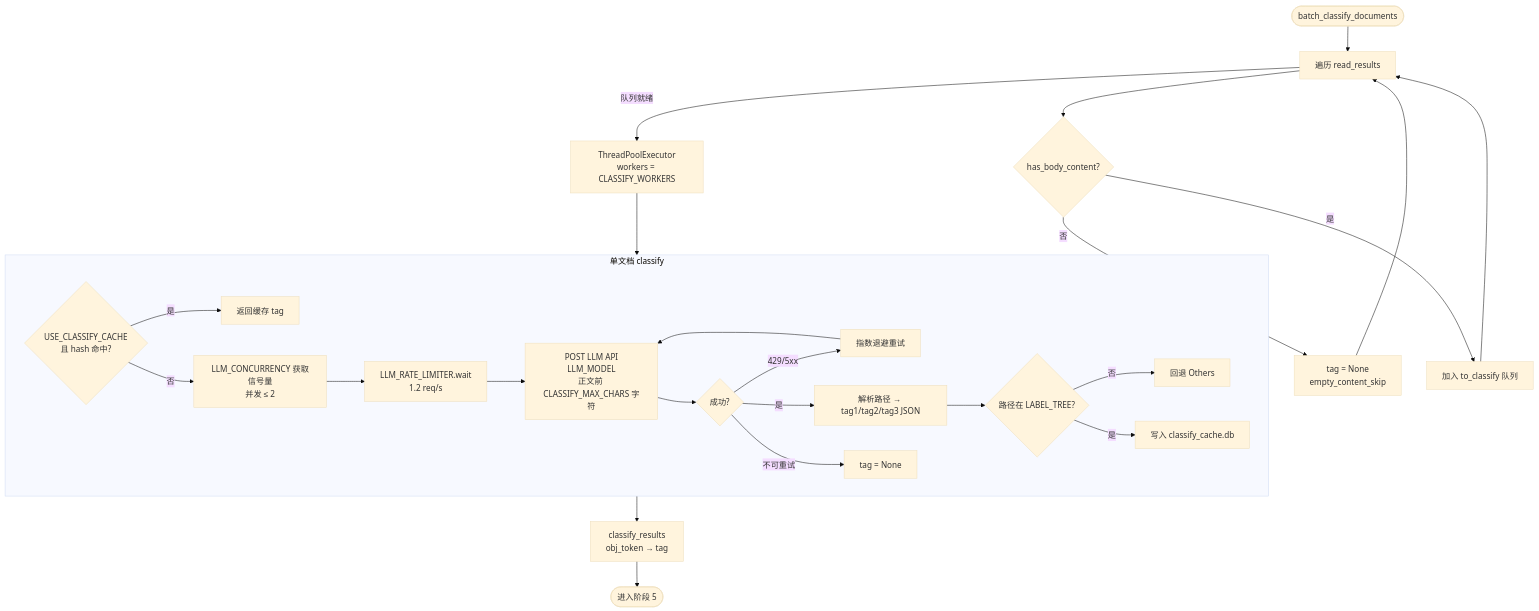
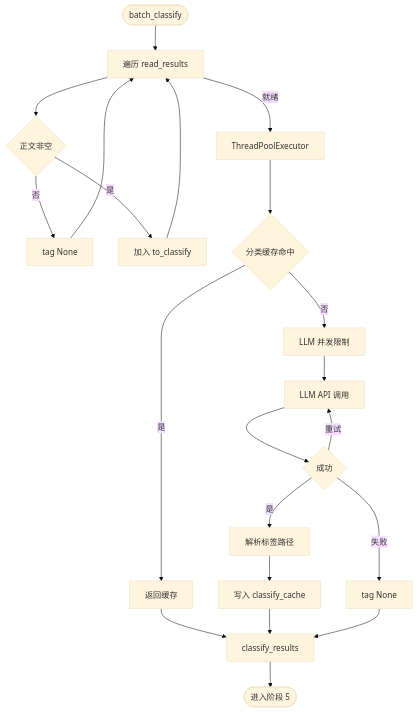
Before and after one commit to Leonard49/AI_DocClassifier: the seventh of 11 diagrams in docs/AI_DocClassifier说明文档.md, drawn with Mermaid (base theme). The commit also changed other lines of this file and 1 other file, not shown here.

First line of the commit message:
Fix Mermaid flowcharts in docs and enable preview in workspace settings.

````diff
--- a/docs/AI_DocClassifier说明文档.md
+++ b/docs/AI_DocClassifier说明文档.md
@@ -693,32 +717,23 @@
 ```mermaid
 flowchart TD
-    C0([batch_classify_documents]) --> C1[遍历 read_results]
-
-    C1 --> C2{has_body_content?}
-    C2 -->|否| C2S[tag = None<br/>empty_content_skip]
-    C2 -->|是| C3[加入 to_classify 队列]
-
+    C0([batch_classify]) --> C1[遍历 read_results]
+    C1 --> C2{正文非空}
+    C2 -->|否| C2S[tag None]
+    C2 -->|是| C3[加入 to_classify]
     C2S --> C1
     C3 --> C1
-    C1 -->|队列就绪| C4[ThreadPoolExecutor<br/>workers = CLASSIFY_WORKERS]
-
-    subgraph CLASSIFY_ONE["单文档 classify"]
-        C5{USE_CLASSIFY_CACHE<br/>且 hash 命中?}
-        C5 -->|是| C5H[返回缓存 tag]
-        C5 -->|否| C6[LLM_CONCURRENCY 获取信号量<br/>并发 ≤ 2]
-        C6 --> C7[LLM_RATE_LIMITER.wait<br/>1.2 req/s]
-        C7 --> C8[POST LLM API<br/>LLM_MODEL<br/>正文前 CLASSIFY_MAX_CHARS 字符]
-        C8 --> C9{成功?}
-        C9 -->|429/5xx| C10[指数退避重试]
-        C10 --> C8
-        C9 -->|是| C11[解析路径 → tag1/tag2/tag3 JSON]
-        C11 --> C12{路径在 LABEL_TREE?}
-        C12 -->|否| C13[回退 Others]
-        C12 -->|是| C14[写入 classify_cache.db]
-        C9 -->|不可重试| C9F[tag = None]
-    end
-
-    C4 --> CLASSIFY_ONE
-    CLASSIFY_ONE --> C20[classify_results<br/>obj_token → tag]
+    C1 -->|就绪| C4[ThreadPoolExecutor]
+    C4 --> C5{分类缓存命中}
+    C5 -->|是| C5H[返回缓存]
+    C5 -->|否| C6[LLM 并发限制]
+    C6 --> C7[LLM API 调用]
+    C7 --> C8{成功}
+    C8 -->|重试| C7
+    C8 -->|是| C11[解析标签路径]
+    C8 -->|失败| C9F[tag None]
+    C11 --> C14[写入 classify_cache]
+    C5H --> C20[classify_results]
+    C14 --> C20
+    C9F --> C20
     C20 --> C21([进入阶段 5])
 ```
````
